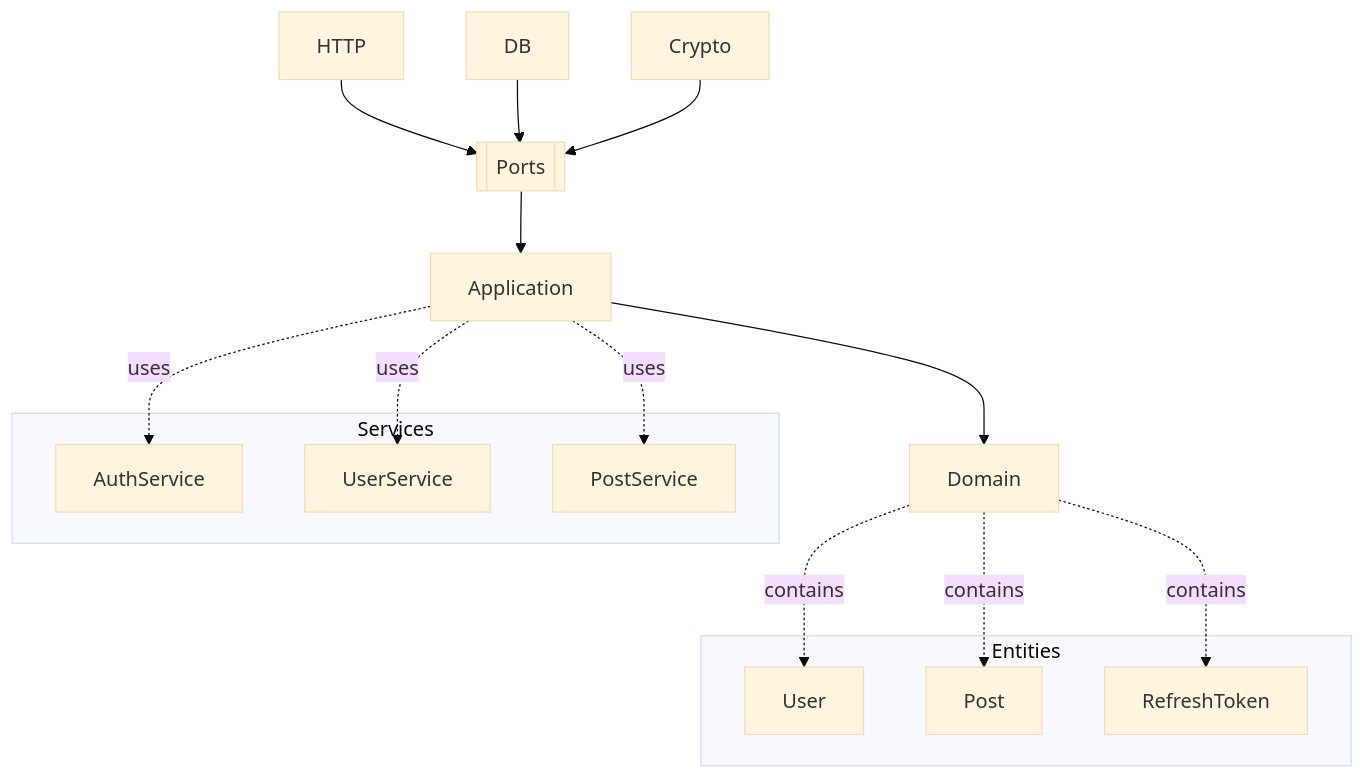
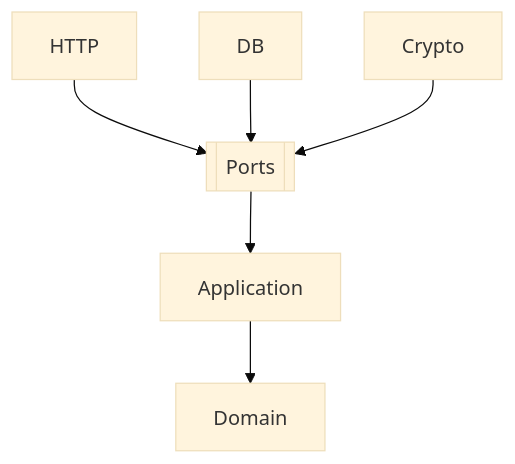
One commit to 2dilution2/hexagonal-architecture-blog-test changed the diagram in README.md. Above: the diagram before and after it, drawn with Mermaid (base theme). The commit also changed other lines of this file, not shown here.

Commit message:
docs: simplify hexagonal architecture explanation and update diagrams in README.md

````diff
--- a/README.md
+++ b/README.md
@@ -79,30 +22,8 @@
 ```mermaid
 graph TD
-  %% Adapters -> Ports -> Application -> Domain
   http[HTTP] --> ports[[Ports]]
   db[DB] --> ports
   crypto[Crypto] --> ports
-
   ports --> app[Application]
   app --> domain[Domain]
-
-  %% Services detail (optional)
-  subgraph Services
-    authSvc[AuthService]
-    userSvc[UserService]
-    postSvc[PostService]
-  end
-  app -.uses .-> authSvc
-  app -.uses .-> userSvc
-  app -.uses .-> postSvc
-
-  %% Domain entities detail (optional)
-  subgraph Entities
-    user[User]
-    post[Post]
-    refresh[RefreshToken]
-  end
-  domain -.contains .-> user
-  domain -.contains .-> post
-  domain -.contains .-> refresh
 ```
````
